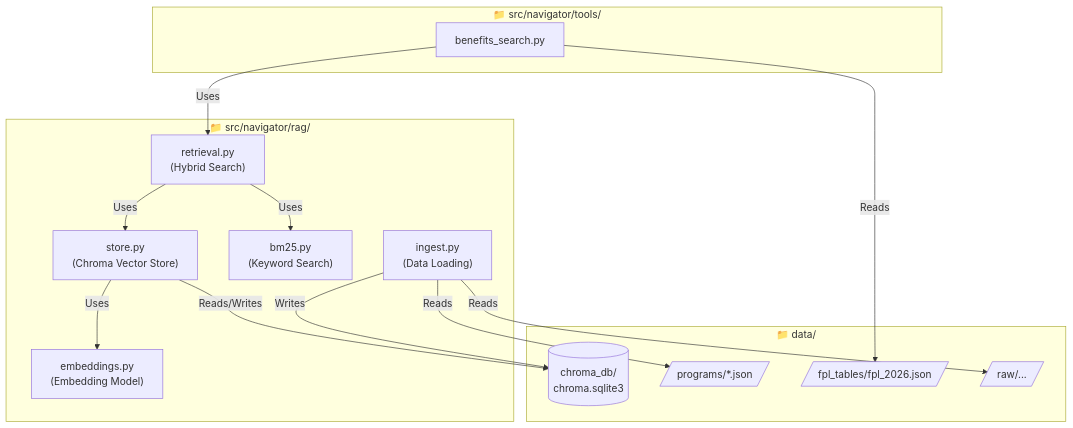
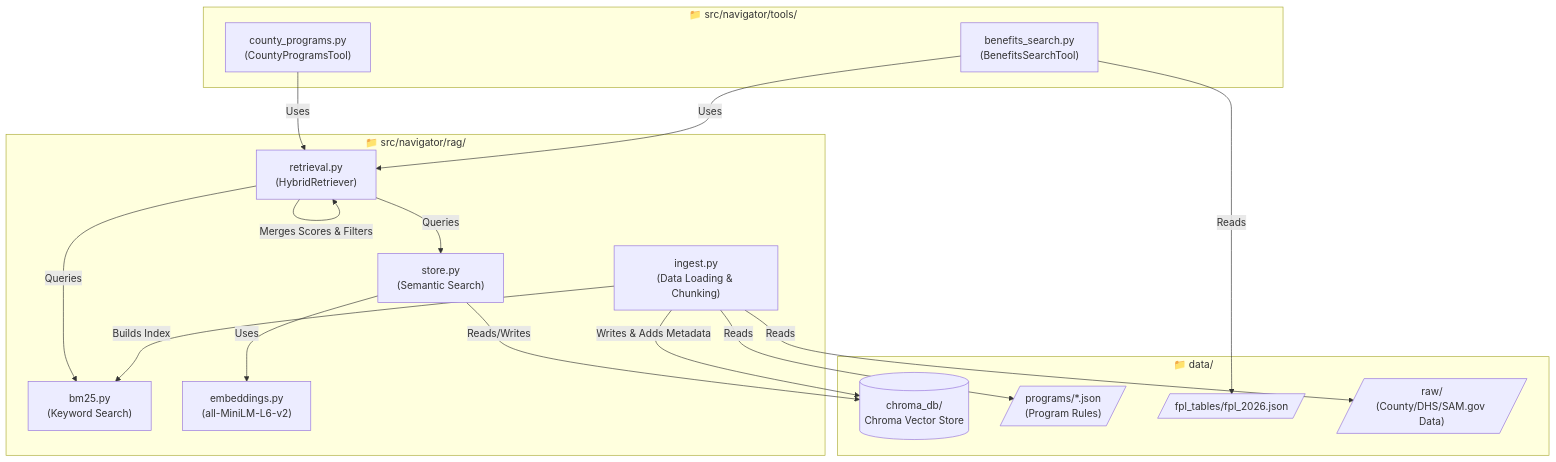
Before and after one commit to wanderduck/Gemma-4-Good-Hackathon: the first of 3 diagrams in README.md, drawn with Mermaid. The commit also changed other lines of this file and 34 other files, not shown here.

````diff
--- a/README.md
+++ b/README.md
@@ -13,34 +75,38 @@
 ```mermaid
 flowchart TD
     subgraph Data ["📁 data/"]
-        ChromaDB[("chroma_db/<br>chroma.sqlite3")]
-        Programs[/"programs/*.json"/]
+        ChromaDB[("chroma_db/<br>Chroma Vector Store")]
+        Programs[/"programs/*.json<br>(Program Rules)"/]
         FPL[/"fpl_tables/fpl_2026.json"/]
-        Raw[/"raw/..."/]
+        Raw[/"raw/<br>(County/DHS/SAM.gov Data)"/]
     end
 
     subgraph RAG ["📁 src/navigator/rag/"]
-        Store["store.py<br>(Chroma Vector Store)"]
+        Ingest["ingest.py<br>(Data Loading & Chunking)"]
+        Store["store.py<br>(Semantic Search)"]
         BM25["bm25.py<br>(Keyword Search)"]
-        Embeddings["embeddings.py<br>(Embedding Model)"]
-        Retrieval["retrieval.py<br>(Hybrid Search)"]
-        Ingest["ingest.py<br>(Data Loading)"]
+        Embeddings["embeddings.py<br>(all-MiniLM-L6-v2)"]
+        Retrieval["retrieval.py<br>(HybridRetriever)"]
     end
 
     subgraph Tools ["📁 src/navigator/tools/"]
-        BenefitsSearch["benefits_search.py"]
+        BenefitsSearch["benefits_search.py<br>(BenefitsSearchTool)"]
+        CountyPrograms["county_programs.py<br>(CountyProgramsTool)"]
     end
 
     Ingest -->|Reads| Programs
     Ingest -->|Reads| Raw
-    Ingest -->|Writes| ChromaDB
+    Ingest -->|Writes & Adds Metadata| ChromaDB
+    Ingest -->|Builds Index| BM25
     
     Store -->|Reads/Writes| ChromaDB
     Store -->|Uses| Embeddings
     
-    Retrieval -->|Uses| Store
-    Retrieval -->|Uses| BM25
+    Retrieval -->|Queries| Store
+    Retrieval -->|Queries| BM25
+    Retrieval -->|Merges Scores & Filters| Retrieval
     
     BenefitsSearch -->|Uses| Retrieval
+    CountyPrograms -->|Uses| Retrieval
     BenefitsSearch -->|Reads| FPL
 ```
````
